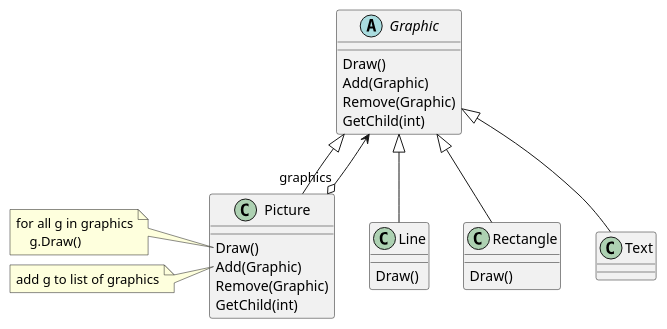
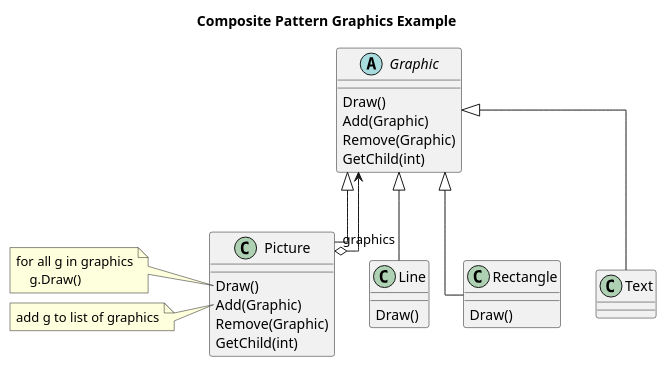
One commit to airaqi/DesignPatterns changed the diagram in workspace/projects/patterns/composite/docs/composite-example.puml. Above: the diagram before and after it, drawn with PlantUML. The commit also changed 19 other files, not shown here.

```diff
--- a/workspace/projects/patterns/composite/docs/composite-example.puml
+++ b/workspace/projects/patterns/composite/docs/composite-example.puml
@@ -1,35 +1,39 @@
 @startuml
+
+skinparam linetype ortho
+
+title Composite Pattern Graphics Example
 
 abstract Graphic {
         Draw()
         Add(Graphic)
         Remove(Graphic)
         GetChild(int)
     }
 
 Line : Draw()
 Rectangle : Draw()
 
 Picture : Draw()
 Picture : Add(Graphic)
 Picture : Remove(Graphic)
 Picture : GetChild(int)
 
 note left of Picture::Draw
     for all g in graphics
         g.Draw()
 end note
 
 note left of Picture::Add
     add g to list of graphics
 end note
 
 
 Graphic <|-- Line
 Graphic <|-- Rectangle
 Graphic <|-- Text
 Graphic <|-- Picture
 
 Graphic <--o "graphics" Picture
 
 @enduml
```
